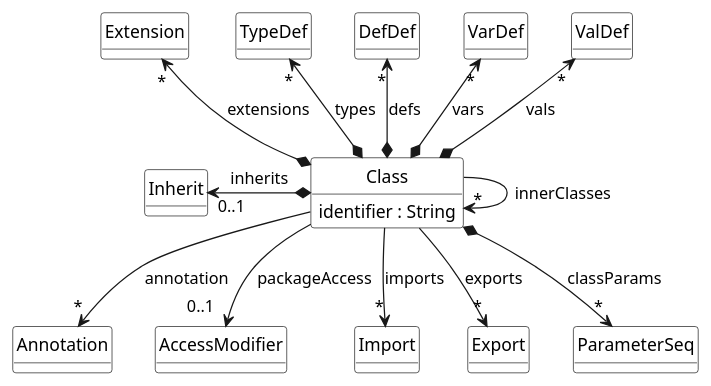
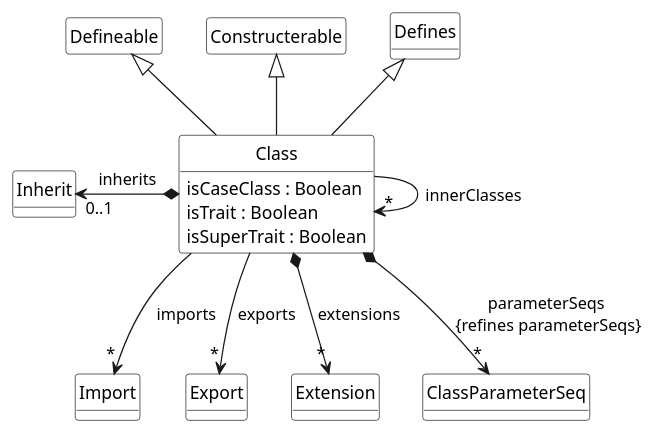
The diagram in scala-uml-meta/class.meta.puml (tizuck/scala-uml), drawn with PlantUML before and after one commit. The commit also changed 12 other files, not shown here.

```diff
--- a/scala-uml-meta/class.meta.puml
+++ b/scala-uml-meta/class.meta.puml
@@ -1,30 +1,28 @@
 @startuml
-class Class {
-    identifier : String 
+class Class extends Defineable, Constructerable, Defines {
+    isCaseClass : Boolean 
+    isTrait : Boolean 
+    isSuperTrait : Boolean 
 }
 
 Class --> "*" Class : innerClasses
-Class --> "*" Annotation : annotation
-Class --> "0..1  " AccessModifier : packageAccess
 Class --> "*" Import : imports
-Class --> "*" Export : exports
-Class *--up> "*" ValDef : vals
-Class *--up> "*" VarDef : vars 
-Class *--up> "*" DefDef : defs  
-Class *--up> "*" TypeDef : types  
-Class *--> "*" ParameterSeq : classParams
+Class --> "*" Export : exports 
 Class *--left> "0..1  " Inherit : "inherits"
-Class *--up> "*" Extension : "extensions"
+Class *--> "*" Extension : "extensions"
+Class *--> "*" ClassParameterSeq : parameterSeqs \n{refines parameterSeqs}
 
 hide class circle
 hide class methods
+hide Defineable members
+hide Constructerable members 
 
 skinparam class {
     BackgroundColor White
     ArrowColor Black
     BorderColor Black
 }
 
 
 
 @enduml
```
